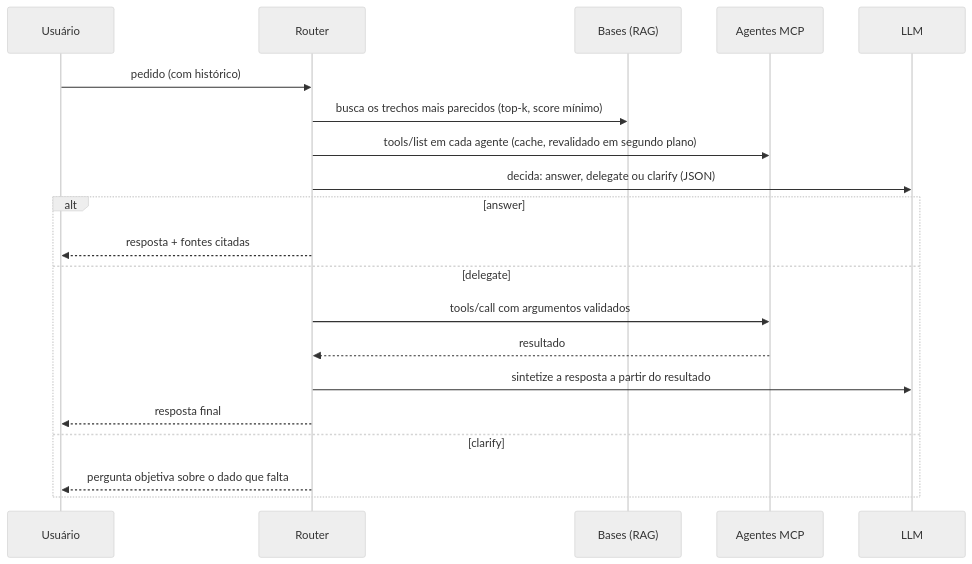
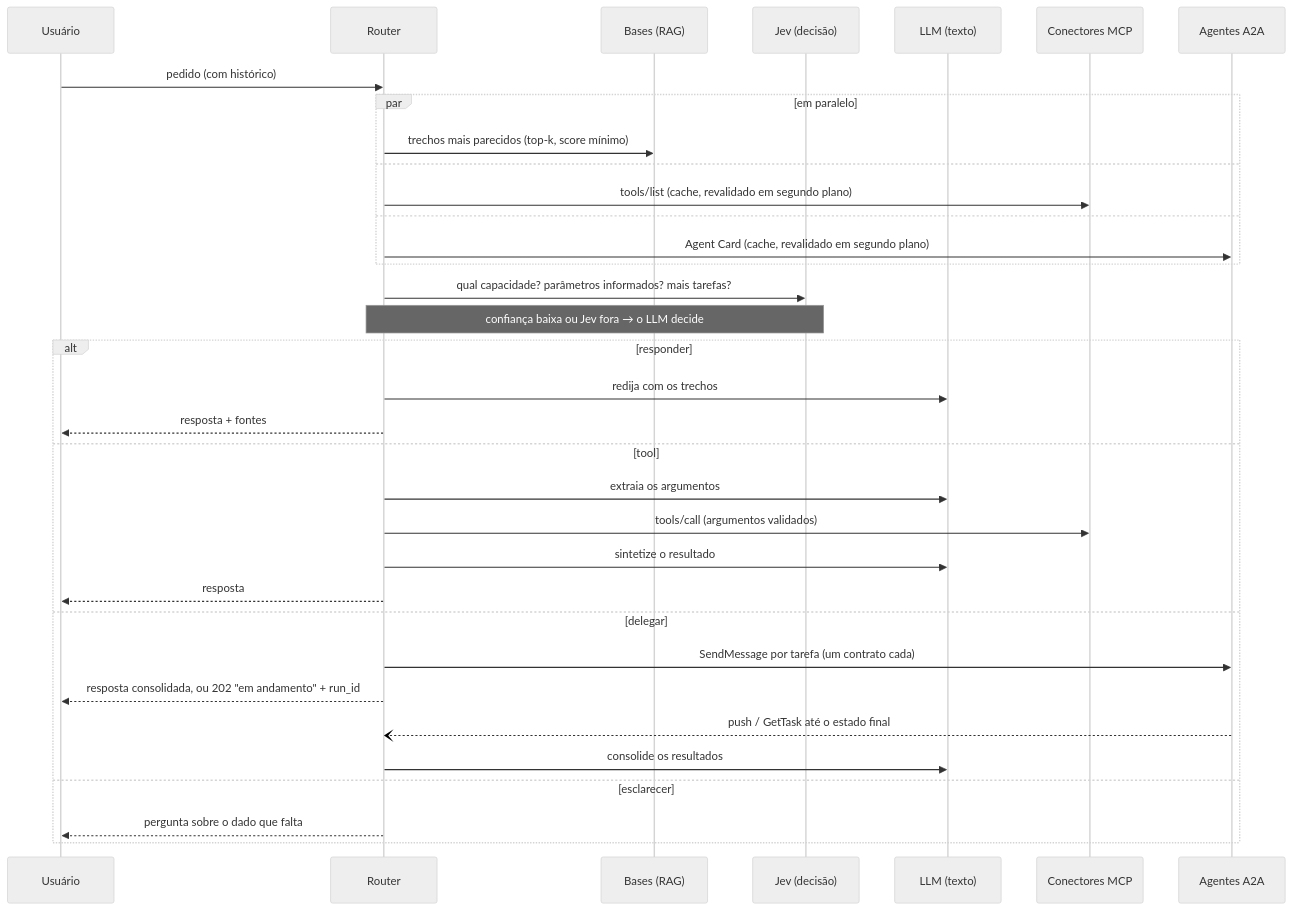
One commit to mavboas/switchboard changed the first of 2 diagrams in docs/arquitetura.md. Above: the diagram before and after it, drawn with Mermaid (neutral theme). The commit also changed other lines of this file and 9 other files, not shown here.

First line of the commit message:
docs: README, arquitetura, API, contrato A2A e ADR da decisão híbrida

````diff
--- a/docs/arquitetura.md
+++ b/docs/arquitetura.md
@@ -11,22 +14,36 @@
 ```mermaid
 sequenceDiagram
     participant U as Usuário
     participant R as Router
     participant K as Bases (RAG)
-    participant M as Agentes MCP
-    participant L as LLM
+    participant J as Jev (decisão)
+    participant L as LLM (texto)
+    participant M as Conectores MCP
+    participant A as Agentes A2A
     U->>R: pedido (com histórico)
-    R->>K: busca os trechos mais parecidos (top-k, score mínimo)
-    R->>M: tools/list em cada agente (cache, revalidado em segundo plano)
-    R->>L: decida: answer, delegate ou clarify (JSON)
-    alt answer
-        R-->>U: resposta + fontes citadas
-    else delegate
-        R->>M: tools/call com argumentos validados
-        M-->>R: resultado
-        R->>L: sintetize a resposta a partir do resultado
-        R-->>U: resposta final
-    else clarify
-        R-->>U: pergunta objetiva sobre o dado que falta
+    par em paralelo
+        R->>K: trechos mais parecidos (top-k, score mínimo)
+    and
+        R->>M: tools/list (cache, revalidado em segundo plano)
+    and
+        R->>A: Agent Card (cache, revalidado em segundo plano)
+    end
+    R->>J: qual capacidade? parâmetros informados? mais tarefas?
+    Note over R,J: confiança baixa ou Jev fora → o LLM decide
+    alt responder
+        R->>L: redija com os trechos
+        R-->>U: resposta + fontes
+    else tool
+        R->>L: extraia os argumentos
+        R->>M: tools/call (argumentos validados)
+        R->>L: sintetize o resultado
+        R-->>U: resposta
+    else delegar
+        R->>A: SendMessage por tarefa (um contrato cada)
+        R-->>U: resposta consolidada, ou 202 "em andamento" + run_id
+        A--)R: push / GetTask até o estado final
+        R->>L: consolide os resultados
+    else esclarecer
+        R-->>U: pergunta sobre o dado que falta
     end
 ```
````
